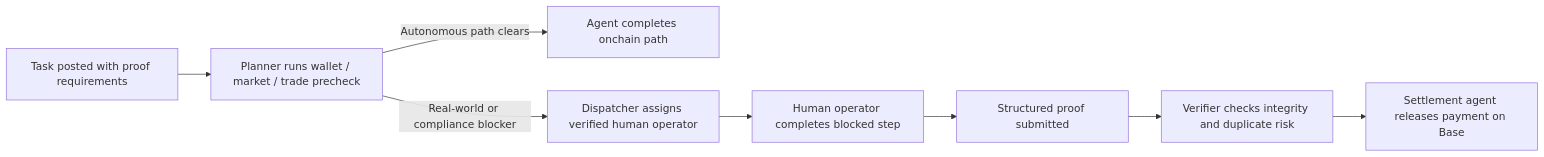
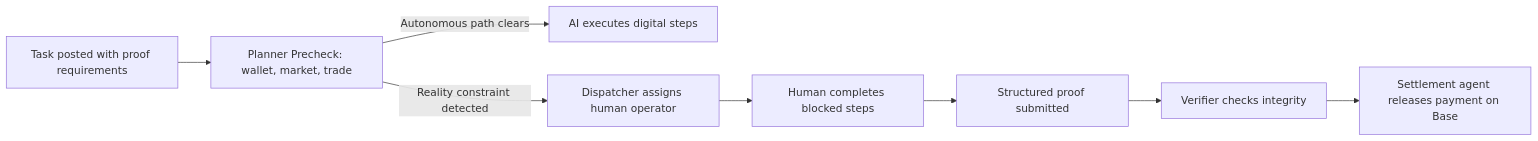
One commit to ai2humanagent/ai2humanwork changed the diagram in README.md. Above: the diagram before and after it, drawn with Mermaid. The commit also changed other lines of this file, not shown here.

````diff
--- a/README.md
+++ b/README.md
@@ -42,10 +50,10 @@
 ```mermaid
 flowchart LR
-  A["Task posted with proof requirements"] --> B["Planner runs wallet / market / trade precheck"]
-  B -->|Autonomous path clears| C["Agent completes onchain path"]
-  B -->|Real-world or compliance blocker| D["Dispatcher assigns verified human operator"]
-  D --> E["Human operator completes blocked step"]
+  A["Task posted with proof requirements"] --> B["Planner Precheck: wallet, market, trade"]
+  B -->|Autonomous path clears| C["AI executes digital steps"]
+  B -->|Reality constraint detected| D["Dispatcher assigns human operator"]
+  D --> E["Human completes blocked steps"]
   E --> F["Structured proof submitted"]
-  F --> G["Verifier checks integrity and duplicate risk"]
+  F --> G["Verifier checks integrity"]
   G --> H["Settlement agent releases payment on Base"]
 ```
````
